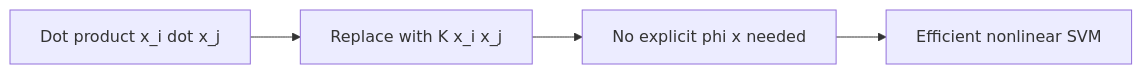
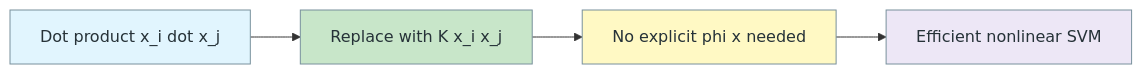
Before and after one commit to arshadhs/arshadhs.github.io: the second of 3 diagrams in content/docs/ai/maths/010-linear-algebra/07-dimensionality-reduction/16-nonlinear-svm.md, drawn with Mermaid. The commit also changed other lines of this file and 3 other files, not shown here.

```diff
--- a/content/docs/ai/maths/010-linear-algebra/07-dimensionality-reduction/16-nonlinear-svm.md
+++ b/content/docs/ai/maths/010-linear-algebra/07-dimensionality-reduction/16-nonlinear-svm.md
@@ -122,6 +129,10 @@
 {{< mermaid >}}
 flowchart LR
     A[Dot product x_i dot x_j] --> B[Replace with K x_i x_j]
     B --> C[No explicit phi x needed]
     C --> D[Efficient nonlinear SVM]
+    style A fill:#E1F5FE,stroke:#78909C,stroke-width:1px,color:#263238
+    style B fill:#C8E6C9,stroke:#78909C,stroke-width:1px,color:#263238
+    style C fill:#FFF9C4,stroke:#78909C,stroke-width:1px,color:#263238
+    style D fill:#EDE7F6,stroke:#78909C,stroke-width:1px,color:#263238
 {{< /mermaid >}}
```
